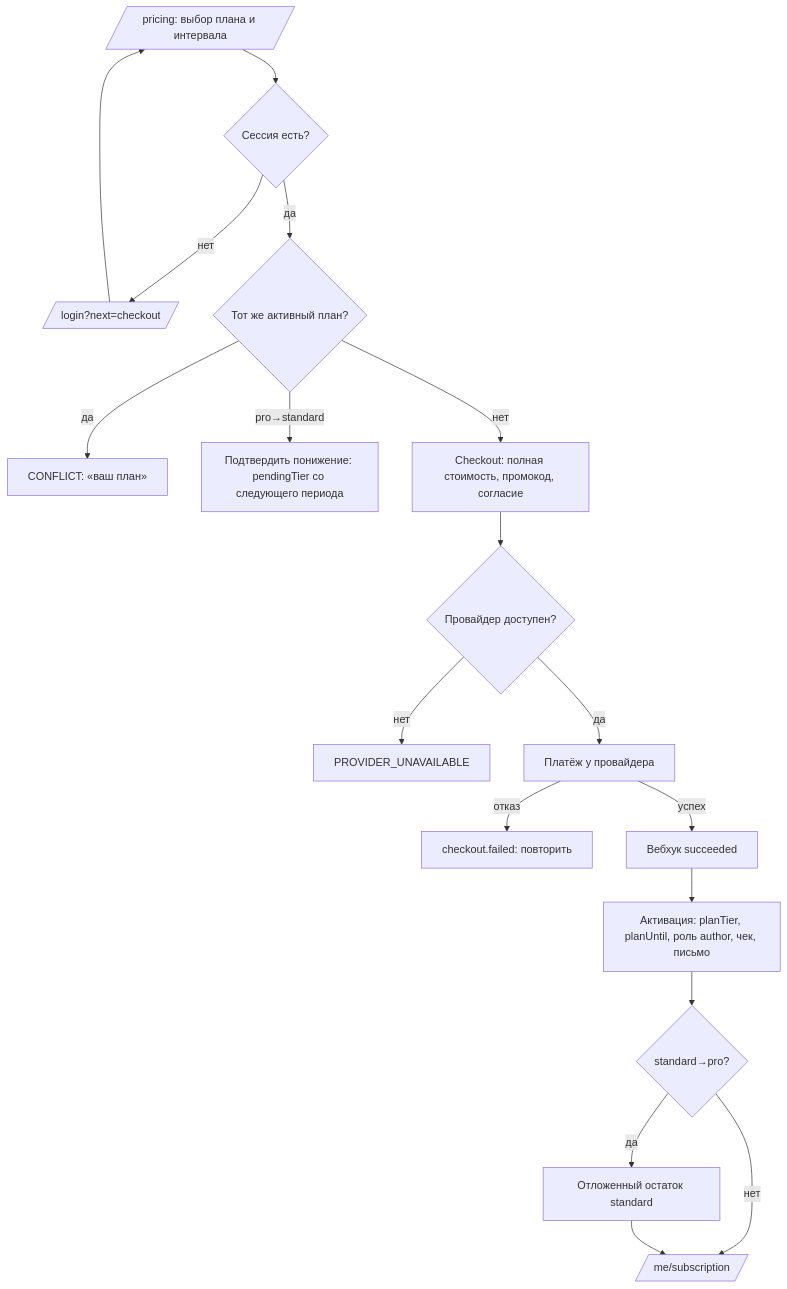
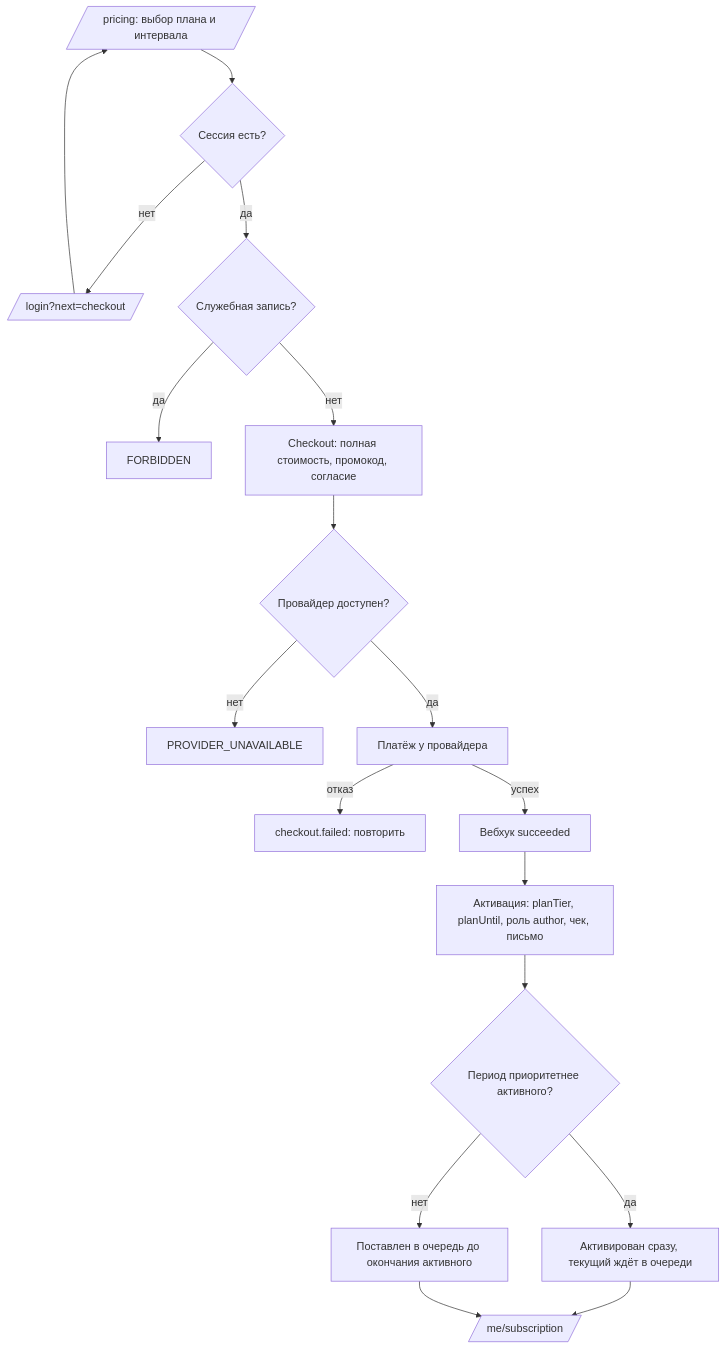
Before and after one commit to Egoka/Altera: the diagram in docs/spec/10-flows/pay-and-upgrade.md, drawn with Mermaid. The commit also changed other lines of this file and 32 other files, not shown here.

````diff
--- a/docs/spec/10-flows/pay-and-upgrade.md
+++ b/docs/spec/10-flows/pay-and-upgrade.md
@@ -72,19 +74,19 @@
 ```mermaid
 flowchart TD
   A[/pricing: выбор плана и интервала/] --> B{Сессия есть?}
   B -- нет --> L[/login?next=checkout/] --> A
-  B -- да --> C{Тот же активный план?}
-  C -- да --> X[CONFLICT: «ваш план»]
-  C -- pro→standard --> D[Подтвердить понижение: pendingTier со следующего периода]
+  B -- да --> C{Служебная запись?}
+  C -- да --> X[FORBIDDEN]
   C -- нет --> E[Checkout: полная стоимость, промокод, согласие]
   E --> F{Провайдер доступен?}
   F -- нет --> G[PROVIDER_UNAVAILABLE]
   F -- да --> H[Платёж у провайдера]
   H -- отказ --> I[checkout.failed: повторить]
   H -- успех --> J[Вебхук succeeded]
   J --> K[Активация: planTier, planUntil, роль author, чек, письмо]
-  K --> M{standard→pro?}
-  M -- да --> N[Отложенный остаток standard]
-  M -- нет --> O[/me/subscription/]
-  N --> O
+  K --> M{Период приоритетнее активного?}
+  M -- да --> N[Активирован сразу, текущий ждёт в очереди]
+  M -- нет --> P[Поставлен в очередь до окончания активного]
+  N --> O[/me/subscription/]
+  P --> O
 ```
````
